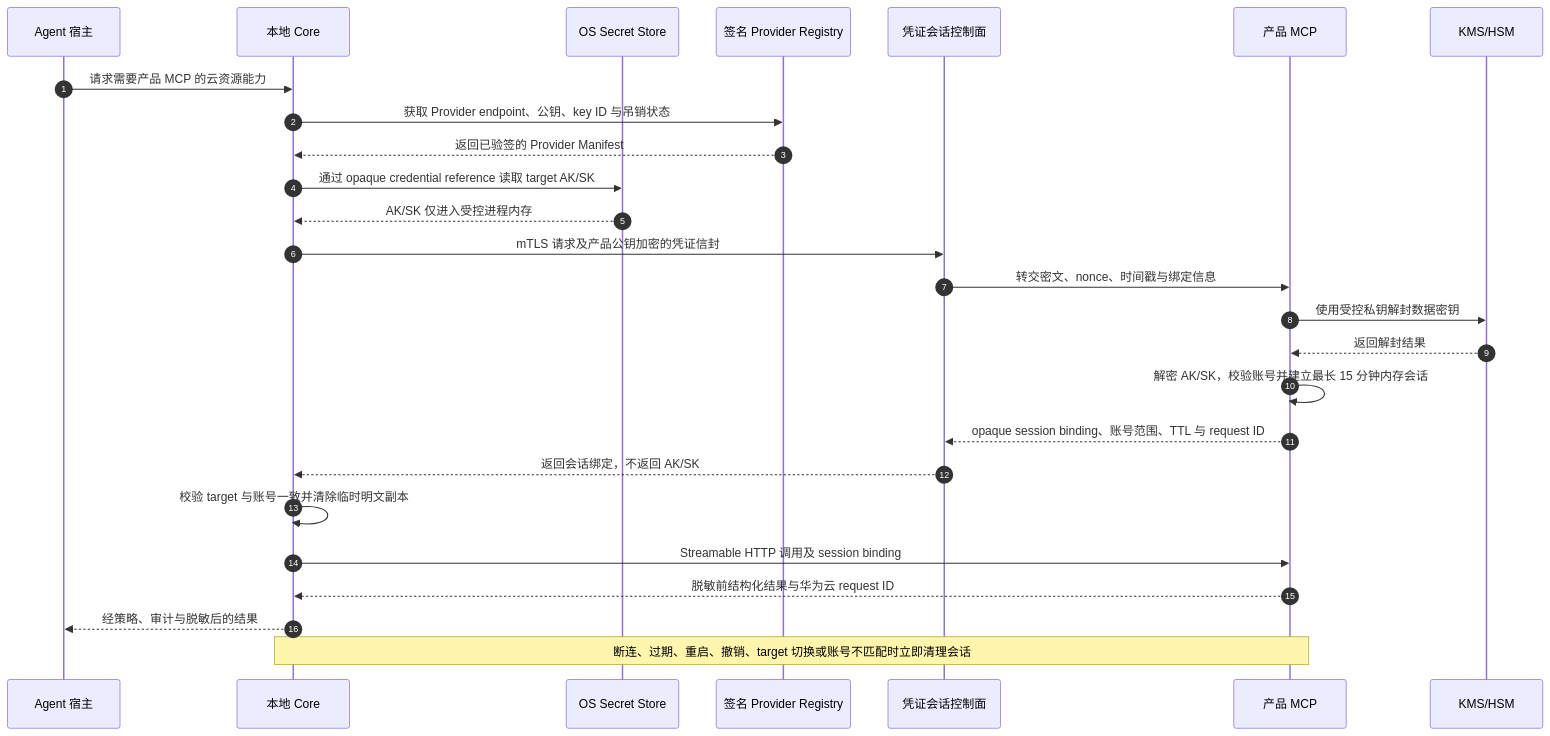
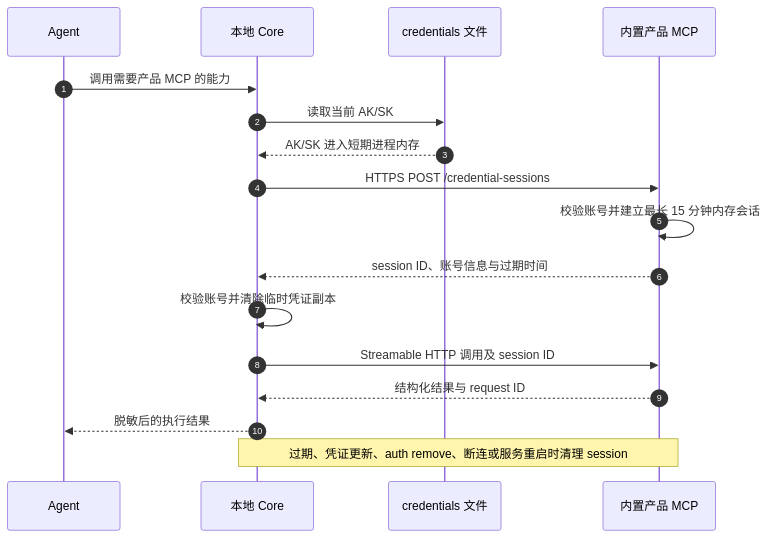
One commit to huaweicloud-mate/huaweicloud-mate changed the third of 3 diagrams in docs/技术架构.md. Above: the diagram before and after it, drawn with Mermaid. The commit also changed other lines of this file and 16 other files, not shown here.

Commit message:
docs: simplify open-source v1 architecture

````diff
--- a/docs/技术架构.md
+++ b/docs/技术架构.md
@@ -371,29 +314,20 @@
 ```mermaid
 sequenceDiagram
   autonumber
-  participant A as Agent 宿主
+  participant A as Agent
   participant C as 本地 Core
-  participant S as OS Secret Store
-  participant R as 签名 Provider Registry
-  participant G as 凭证会话控制面
-  participant P as 产品 MCP
-  participant K as KMS/HSM
+  participant F as credentials 文件
+  participant P as 内置产品 MCP
 
-  A->>C: 请求需要产品 MCP 的云资源能力
-  C->>R: 获取 Provider endpoint、公钥、key ID 与吊销状态
-  R-->>C: 返回已验签的 Provider Manifest
-  C->>S: 通过 opaque credential reference 读取 target AK/SK
-  S-->>C: AK/SK 仅进入受控进程内存
-  C->>G: mTLS 请求及产品公钥加密的凭证信封
-  G->>P: 转交密文、nonce、时间戳与绑定信息
-  P->>K: 使用受控私钥解封数据密钥
-  K-->>P: 返回解封结果
-  P->>P: 解密 AK/SK，校验账号并建立最长 15 分钟内存会话
-  P-->>G: opaque session binding、账号范围、TTL 与 request ID
-  G-->>C: 返回会话绑定，不返回 AK/SK
-  C->>C: 校验 target 与账号一致并清除临时明文副本
-  C->>P: Streamable HTTP 调用及 session binding
-  P-->>C: 脱敏前结构化结果与华为云 request ID
-  C-->>A: 经策略、审计与脱敏后的结果
-  Note over C,P: 断连、过期、重启、撤销、target 切换或账号不匹配时立即清理会话
+  A->>C: 调用需要产品 MCP 的能力
+  C->>F: 读取当前 AK/SK
+  F-->>C: AK/SK 进入短期进程内存
+  C->>P: HTTPS POST /credential-sessions
+  P->>P: 校验账号并建立最长 15 分钟内存会话
+  P-->>C: session ID、账号信息与过期时间
+  C->>C: 校验账号并清除临时凭证副本
+  C->>P: Streamable HTTP 调用及 session ID
+  P-->>C: 结构化结果与 request ID
+  C-->>A: 脱敏后的执行结果
+  Note over C,P: 过期、凭证更新、auth remove、断连或服务重启时清理 session
 ```
````
